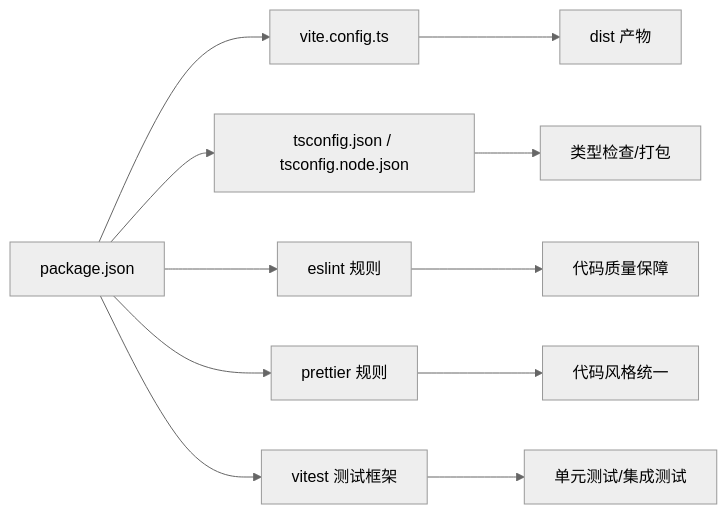
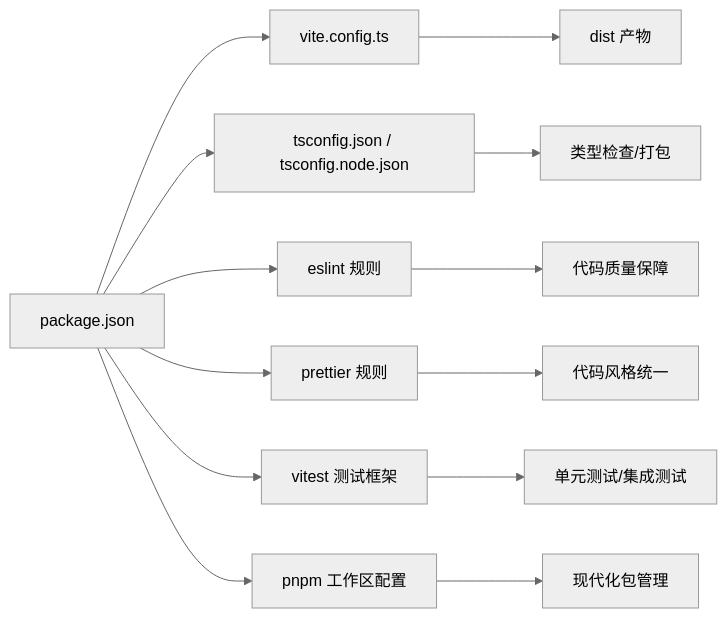
Before and after one commit to terwerinc/siyuan-plugin-share-pro: the fifth of 5 diagrams in .qoder/repowiki/zh/content/开发指南/开发指南.md, drawn with Mermaid (neutral theme). The commit also changed other lines of this file and 6 other files, not shown here.

Commit message:
docs(zh): add storage API docs and update dev guide for pnpm workspace

````diff
--- a/.qoder/repowiki/zh/content/开发指南/开发指南.md
+++ b/.qoder/repowiki/zh/content/开发指南/开发指南.md
@@ -260,13 +271,15 @@
 ```mermaid
 graph LR
 Pkg["package.json"] --> Vite["vite.config.ts"]
 Pkg --> TS["tsconfig.json / tsconfig.node.json"]
 Pkg --> ESL["eslint 规则"]
 Pkg --> PRET["prettier 规则"]
 Pkg --> VITEST["vitest 测试框架"]
+Pkg --> PNPM["pnpm 工作区配置"]
 Vite --> Dist["dist 产物"]
 TS --> Build["类型检查/打包"]
 ESL --> Quality["代码质量保障"]
 PRET --> Style["代码风格统一"]
 VITEST --> Tests["单元测试/集成测试"]
+PNPM --> Workspace["现代化包管理"]
 ```
````
